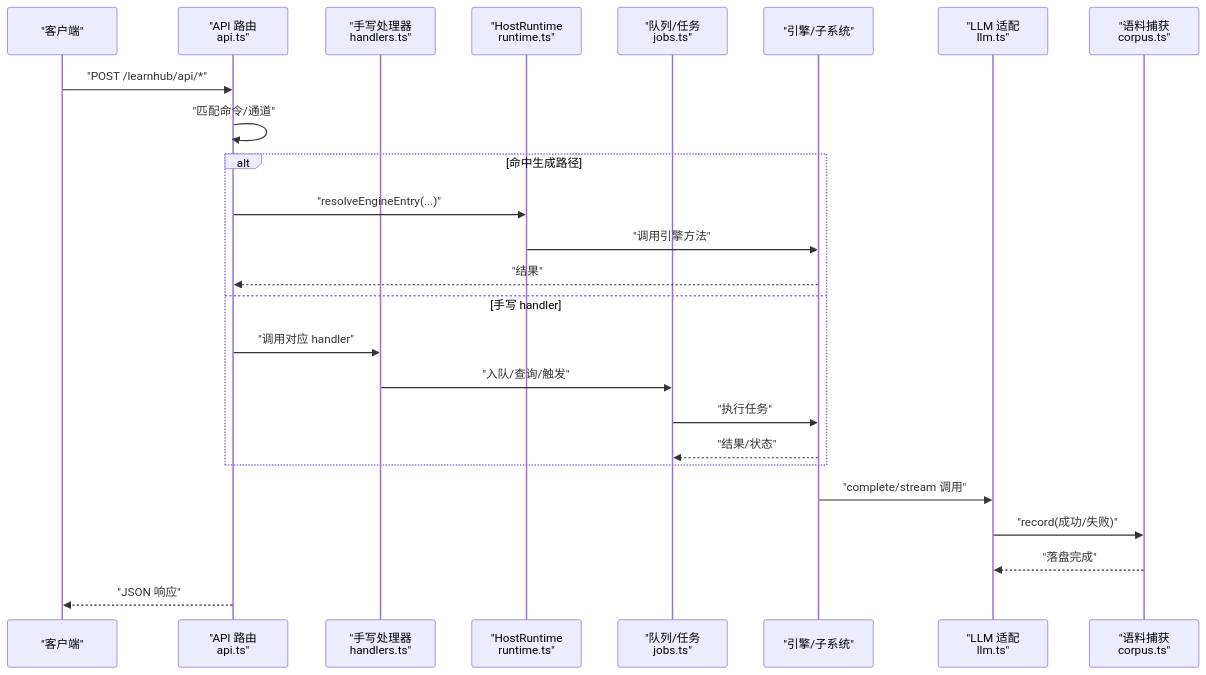
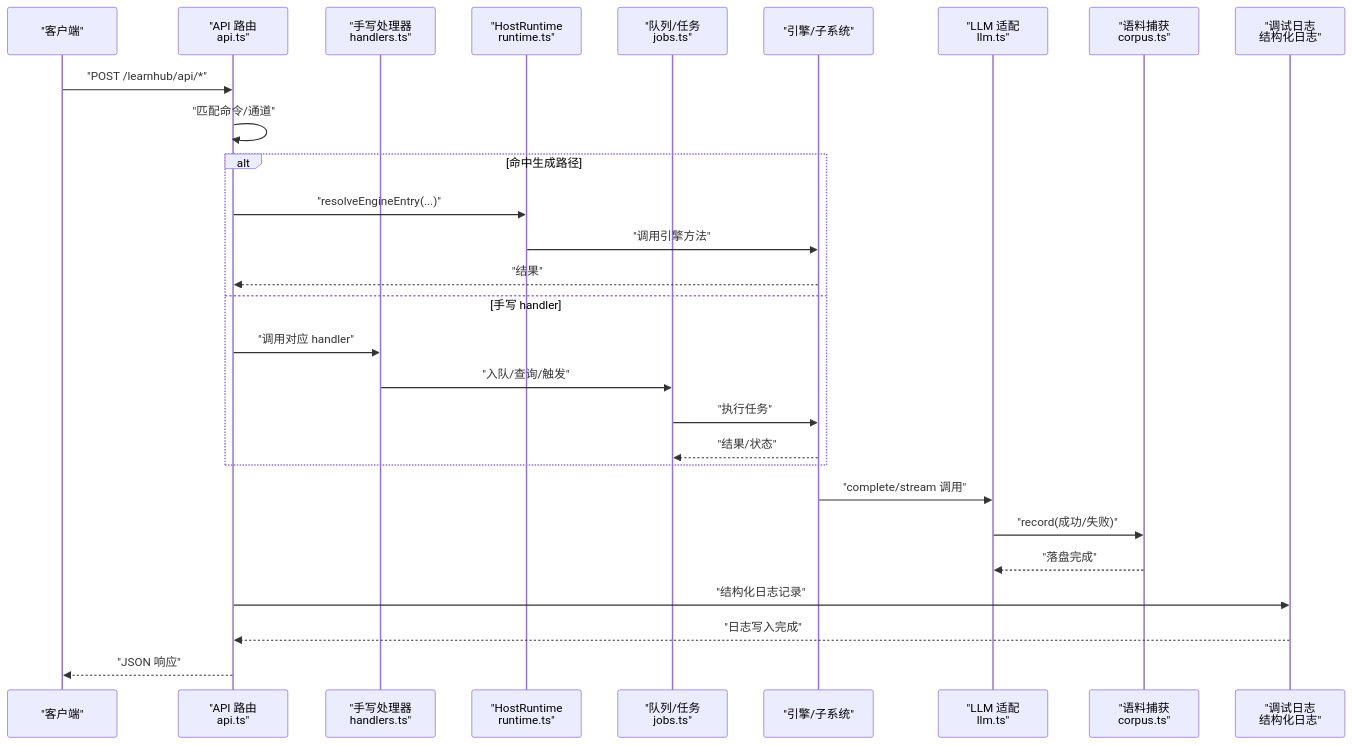
The second of 6 diagrams in .qoder/repowiki/zh/content/架构设计/宿主集成/运行时管理.md (maozhijie/learnhub-plugin), drawn with Mermaid before and after one commit. The commit also changed other lines of this file and 43 other files, not shown here.

````diff
--- a/.qoder/repowiki/zh/content/架构设计/宿主集成/运行时管理.md
+++ b/.qoder/repowiki/zh/content/架构设计/宿主集成/运行时管理.md
@@ -89,27 +101,30 @@
 ```mermaid
 sequenceDiagram
 participant Client as "客户端"
 participant API as "API 路由<br/>api.ts"
 participant H as "手写处理器<br/>handlers.ts"
 participant RT as "HostRuntime<br/>runtime.ts"
 participant J as "队列/任务<br/>jobs.ts"
 participant E as "引擎/子系统"
 participant L as "LLM 适配<br/>llm.ts"
 participant C as "语料捕获<br/>corpus.ts"
+participant DL as "调试日志<br/>结构化日志"
 Client->>API : "POST /learnhub/api/*"
 API->>API : "匹配命令/通道"
 alt 命中生成路径
 API->>RT : "resolveEngineEntry(...)"
 RT->>E : "调用引擎方法"
 E-->>API : "结果"
 else 手写 handler
 API->>H : "调用对应 handler"
 H->>J : "入队/查询/触发"
 J->>E : "执行任务"
 E-->>J : "结果/状态"
 end
 E->>L : "complete/stream 调用"
 L->>C : "record(成功/失败)"
 C-->>L : "落盘完成"
+API->>DL : "结构化日志记录"
+DL-->>API : "日志写入完成"
 API-->>Client : "JSON 响应"
 ```
````
